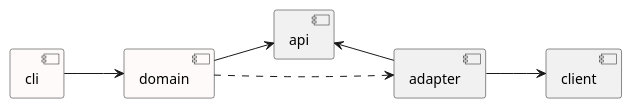
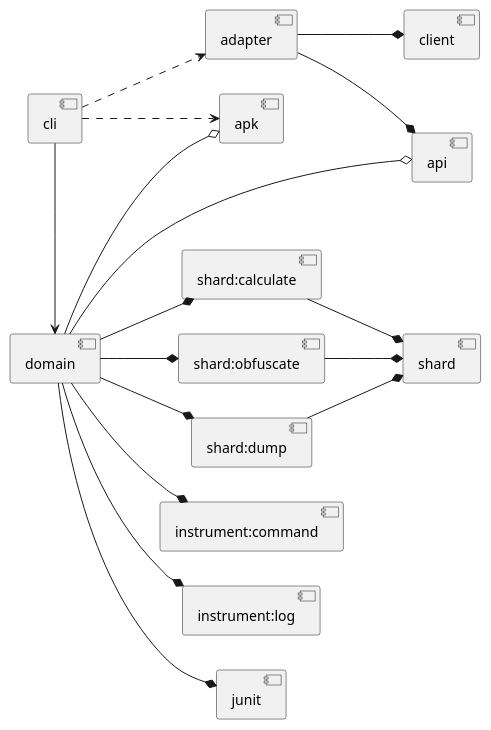
The diagram in docs/corellium/modules.puml (Flank/flank), drawn with PlantUML before and after one commit. The commit also changed 21 other files, not shown here.

Commit message:
Update docs in modules Fix instrument log parsing

```diff
--- a/docs/corellium/modules.puml
+++ b/docs/corellium/modules.puml
@@ -1,14 +1,26 @@
 @startuml
 
 left to right direction
 
-[cli] #snow
-[domain] #snow
+[cli] ..> [adapter]
+[cli] ..> [apk]
+[cli] -right-> [domain]
 
-[cli] --> [domain]
-[domain] --> [api]
-[domain] ...> [adapter]
-[api] <-- [adapter]
-[adapter] --> [client]
+[adapter] --* [client]
+[adapter] --* [api]
+
+[domain] --o [api]
+[domain] --o [apk]
+
+[domain] --* [shard:calculate]
+[domain] --* [shard:obfuscate]
+[domain] --* [shard:dump]
+[domain] --* [instrument:command]
+[domain] --* [instrument:log]
+[domain] --* [junit]
+
+[shard:dump] --* [shard]
+[shard:calculate] --* [shard]
+[shard:obfuscate] --* [shard]
 
 @enduml
```
